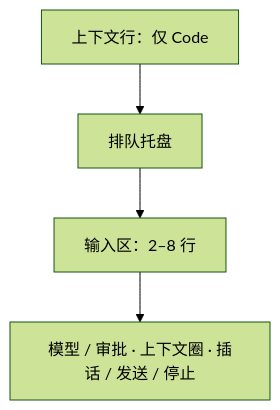
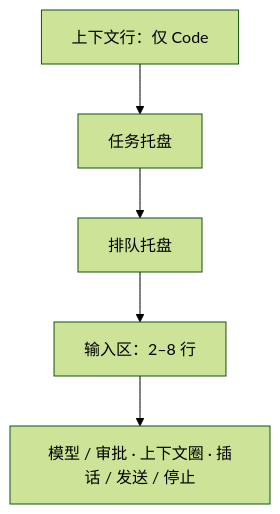
One commit to yangflow/hoplet changed the second of 2 diagrams in docs/design/0024-desktop-layout.md. Above: the diagram before and after it, drawn with Mermaid (forest theme). The commit also changed other lines of this file and 4 other files, not shown here.

````diff
--- a/docs/design/0024-desktop-layout.md
+++ b/docs/design/0024-desktop-layout.md
@@ -84,6 +84,7 @@
 ```mermaid
 flowchart TB
-    Context["上下文行：仅 Code"] --> Queue["排队托盘"]
+    Context["上下文行：仅 Code"] --> Tasks["任务托盘"]
+    Tasks --> Queue["排队托盘"]
     Queue --> Input["输入区：2–8 行"]
     Input --> Controls["模型 / 审批 · 上下文圈 · 插话 / 发送 / 停止"]
 ```
````
